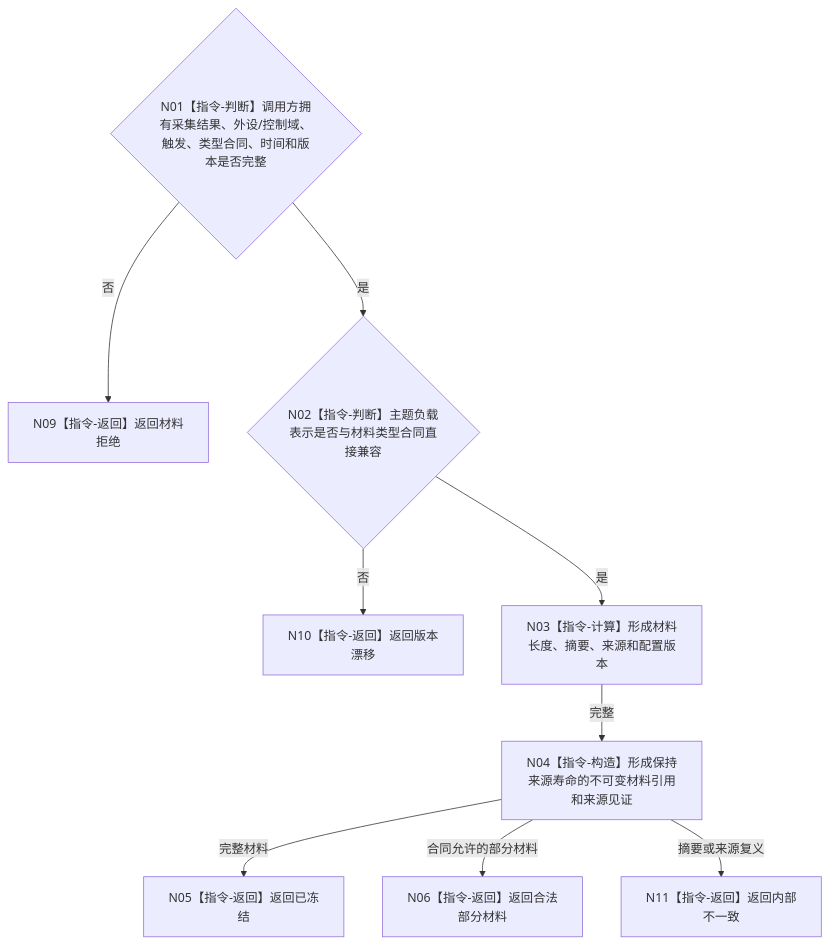
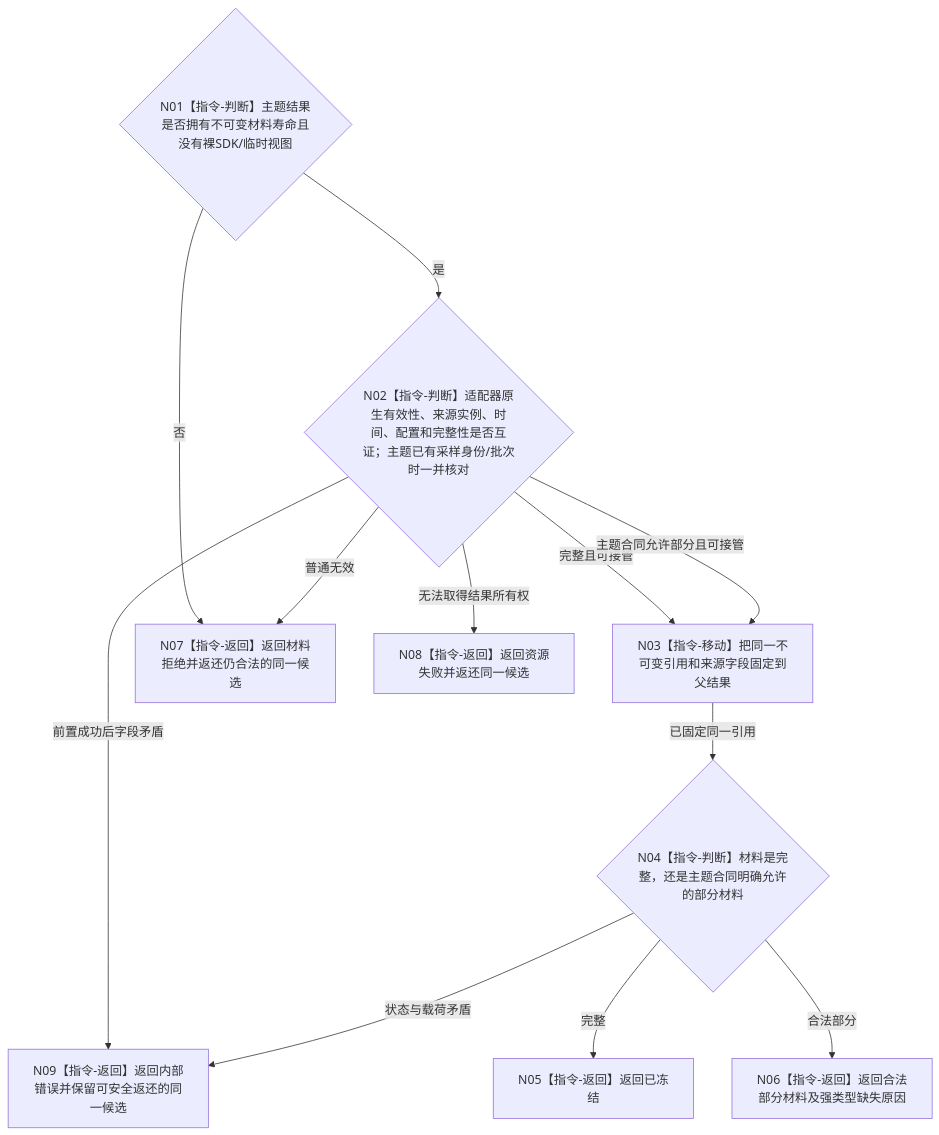
One commit to chunhaizh-cyber/HY-Ego changed the diagram in 流程图/目标业务流程图/L3/BIZ-L3-006-01-03_冻结外设原始材料引用_目标函数流程图_v0.2.md. Above: the diagram before and after it, drawn with Mermaid. The commit also changed other lines of this file and 17 other files, not shown here.

````diff
--- a/流程图/目标业务流程图/L3/BIZ-L3-006-01-03_冻结外设原始材料引用_目标函数流程图_v0.2.md
+++ b/流程图/目标业务流程图/L3/BIZ-L3-006-01-03_冻结外设原始材料引用_目标函数流程图_v0.2.md
@@ -31,11 +33,24 @@
 ```mermaid
 flowchart TD
-    N01{"N01【指令-判断】调用方拥有采集结果、外设/控制域、触发、类型合同、时间和版本是否完整"} -->|否| N09["N09【指令-返回】返回材料拒绝"]
-    N01 -->|是| N02{"N02【指令-判断】主题负载表示是否与材料类型合同直接兼容"}
-    N02 -->|否| N10["N10【指令-返回】返回版本漂移"]
-    N02 -->|是| N03["N03【指令-计算】形成材料长度、摘要、来源和配置版本"]
-    N03 -->|完整| N04["N04【指令-构造】形成保持来源寿命的不可变材料引用和来源见证"]
-    N04 -->|完整材料| N05["N05【指令-返回】返回已冻结"]
-    N04 -->|合同允许的部分材料| N06["N06【指令-返回】返回合法部分材料"]
-    N04 -->|摘要或来源复义| N11["N11【指令-返回】返回内部不一致"]
+    N01{"N01【指令-判断】主题结果是否拥有不可变材料寿命且没有裸SDK/临时视图"}
+    N02{"N02【指令-判断】适配器原生有效性、来源实例、时间、配置和完整性是否互证；主题已有采样身份/批次时一并核对"}
+    N03["N03【指令-移动】把同一不可变引用和来源字段固定到父结果"]
+    N04{"N04【指令-判断】材料是完整，还是主题合同明确允许的部分材料"}
+    N05["N05【指令-返回】返回已冻结"]
+    N06["N06【指令-返回】返回合法部分材料及强类型缺失原因"]
+    N07["N07【指令-返回】返回材料拒绝并返还仍合法的同一候选"]
+    N08["N08【指令-返回】返回资源失败并返还同一候选"]
+    N09["N09【指令-返回】返回内部错误并保留可安全返还的同一候选"]
+
+    N01 -->|否| N07
+    N01 -->|是| N02
+    N02 -->|普通无效| N07
+    N02 -->|前置成功后字段矛盾| N09
+    N02 -->|完整且可接管| N03
+    N02 -->|主题合同允许部分且可接管| N03
+    N02 -->|无法取得结果所有权| N08
+    N03 -->|已固定同一引用| N04
+    N04 -->|完整| N05
+    N04 -->|合法部分| N06
+    N04 -->|状态与载荷矛盾| N09
 ```
````
